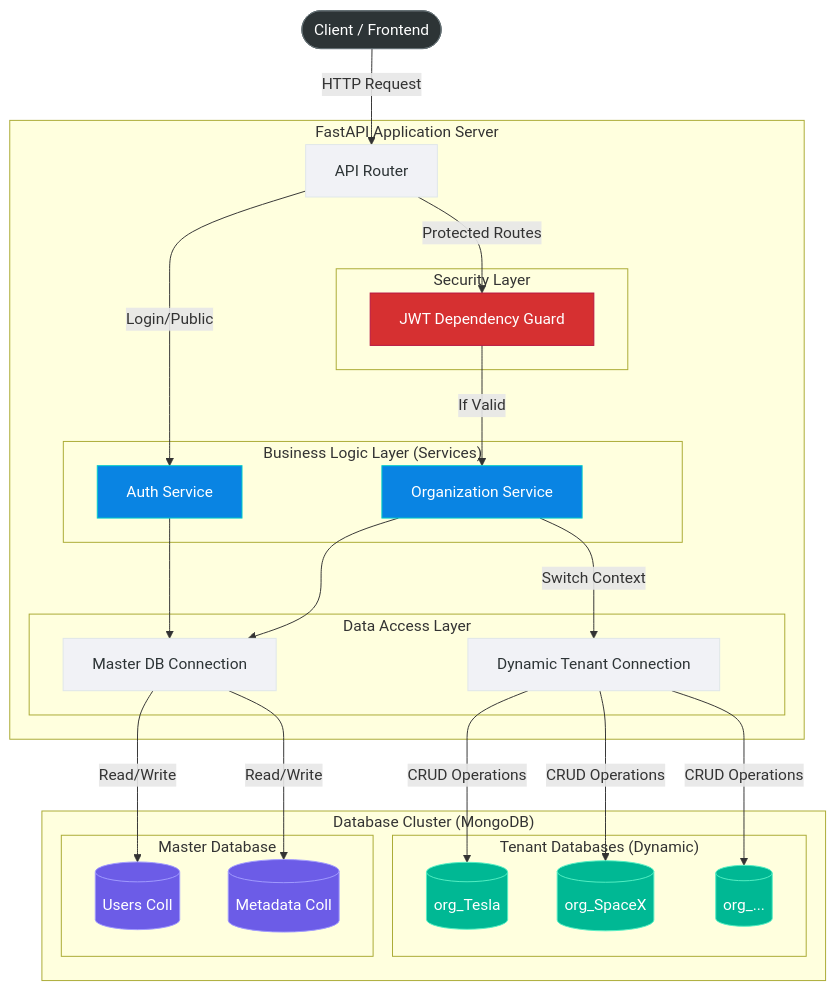
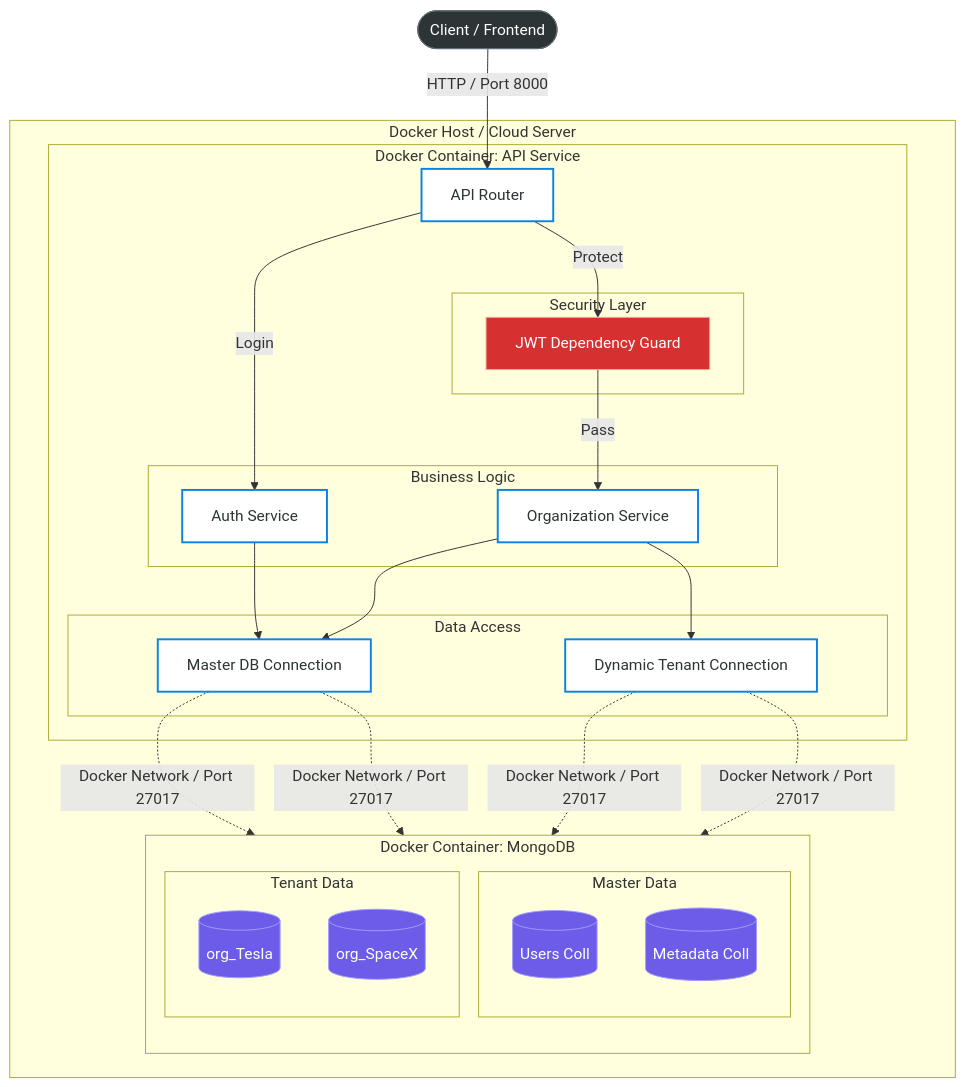
Before and after one commit to Gautham07s/org-management: the diagram in Readme.md, drawn with Mermaid. The commit also changed other lines of this file, not shown here.

Commit message:
Added Docker configuration and Readme Update

````diff
--- a/Readme.md
+++ b/Readme.md
@@ -32,71 +34,71 @@
 ```mermaid
 graph TD
     %% -- Client Layer --
     Client([Client / Frontend])
     
-    %% -- API Gateway / Application Layer --
-    subgraph "FastAPI Application Server"
-        Entry[API Router]
+    %% -- Docker Environment --
+    subgraph "Docker Host / Cloud Server"
         
-        subgraph "Security Layer"
-            AuthGuard[JWT Dependency Guard]
+        %% -- Container 1: API --
+        subgraph "Docker Container: API Service"
+            Entry[API Router]
+            
+            subgraph "Security Layer"
+                AuthGuard[JWT Dependency Guard]
+            end
+            
+            subgraph "Business Logic"
+                AuthService[Auth Service]
+                OrgService[Organization Service]
+            end
+            
+            subgraph "Data Access"
+                MasterConn[Master DB Connection]
+                TenantConn[Dynamic Tenant Connection]
+            end
         end
-        
-        subgraph "Business Logic Layer (Services)"
-            AuthService[Auth Service]
-            OrgService[Organization Service]
-        end
-        
-        subgraph "Data Access Layer"
-            MasterConn[Master DB Connection]
-            TenantConn[Dynamic Tenant Connection]
+
+        %% -- Container 2: Database --
+        subgraph "Docker Container: MongoDB"
+            direction TB
+            subgraph "Master Data"
+                Users[(Users Coll)]
+                Meta[(Metadata Coll)]
+            end
+            
+            subgraph "Tenant Data"
+                T1[(org_Tesla)]
+                T2[(org_SpaceX)]
+            end
         end
     end
 
-    %% -- Database Layer --
-    subgraph "Database Cluster (MongoDB)"
-        subgraph "Master Database"
-            Users[(Users Coll)]
-            Meta[(Metadata Coll)]
-        end
-        
-        subgraph "Tenant Databases (Dynamic)"
-            T1[(org_Tesla)]
-            T2[(org_SpaceX)]
-            T3[(org_...)]
-        end
-    end
-
-    %% -- Connections --
-    Client -->|HTTP Request| Entry
+    %% -- Networking --
+    Client -->|HTTP / Port 8000| Entry
     
-    Entry -->|Login/Public| AuthService
-    Entry -->|Protected Routes| AuthGuard
-    AuthGuard -->|If Valid| OrgService
+    Entry -->|Login| AuthService
+    Entry -->|Protect| AuthGuard
+    AuthGuard -->|Pass| OrgService
     
     AuthService --> MasterConn
     OrgService --> MasterConn
-    OrgService -->|Switch Context| TenantConn
+    OrgService --> TenantConn
     
-    MasterConn -->|Read/Write| Users
-    MasterConn -->|Read/Write| Meta
-    
-    TenantConn -->|CRUD Operations| T1
-    TenantConn -->|CRUD Operations| T2
-    TenantConn -->|CRUD Operations| T3
+    %% Docker Networking
+    MasterConn -.->|Docker Network / Port 27017| Users
+    MasterConn -.->|Docker Network / Port 27017| Meta
+    TenantConn -.->|Docker Network / Port 27017| T1
+    TenantConn -.->|Docker Network / Port 27017| T2
 
     %% -- Styling --
-    classDef client fill:#2d3436,stroke:#636e72,color:#fff;
-    classDef app fill:#f1f2f6,stroke:#dfe6e9,color:#2d3436;
-    classDef security fill:#d63031,stroke:#b71540,color:#fff;
-    classDef service fill:#0984e3,stroke:#00cec9,color:#fff;
-    classDef db fill:#6c5ce7,stroke:#a29bfe,color:#fff;
-    classDef tenant fill:#00b894,stroke:#55efc4,color:#fff;
+    classDef client fill:#2d3436,stroke:#636e72,color:#fff
+    classDef docker fill:#f1f2f6,stroke:#b2bec3,stroke-dasharray: 5 5,color:#2d3436
+    classDef container fill:#ffffff,stroke:#0984e3,stroke-width:2px,color:#2d3436
+    classDef db fill:#6c5ce7,stroke:#a29bfe,color:#fff
+    classDef security fill:#d63031,stroke:#fab1a0,color:#fff
 
-    class Client client;
-    class Entry,MasterConn,TenantConn app;
-    class AuthGuard security;
-    class AuthService,OrgService service;
-    class Users,Meta db;
-    class T1,T2,T3 tenant;
+    class Client client
+    class Entry,AuthService,OrgService,MasterConn,TenantConn container
+    class Users,Meta,T1,T2 db
+    class AuthGuard security
 ```
````
